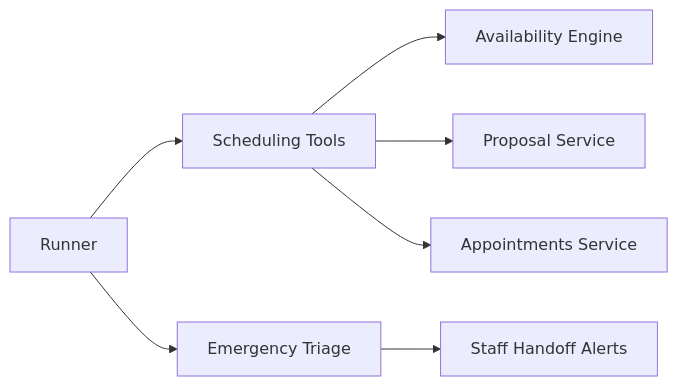
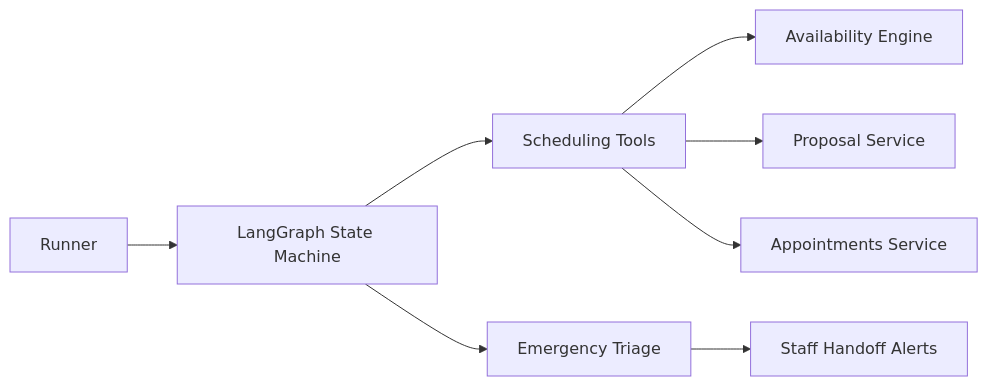
Before and after one commit to gokulkaarthicks/dental-chatbot: diagram 11 of 13 in .qoder/repowiki/en/content/Patient Workflows/Conversation Management/Conversation Management.md, drawn with Mermaid. The commit also changed other lines of this file and 280 other files, not shown here.

````diff
--- a/.qoder/repowiki/en/content/Patient Workflows/Conversation Management/Conversation Management.md
+++ b/.qoder/repowiki/en/content/Patient Workflows/Conversation Management/Conversation Management.md
@@ -434,9 +519,10 @@
 ```mermaid
 graph LR
-Runner["Runner"] --> SchedTools["Scheduling Tools"]
+Runner["Runner"] --> Graph["LangGraph State Machine"]
+Graph --> SchedTools["Scheduling Tools"]
 SchedTools --> Avail["Availability Engine"]
 SchedTools --> Proposals["Proposal Service"]
 SchedTools --> Appointments["Appointments Service"]
-Runner --> Emergency["Emergency Triage"]
+Graph --> Emergency["Emergency Triage"]
 Emergency --> Handoff["Staff Handoff Alerts"]
 ```
````
